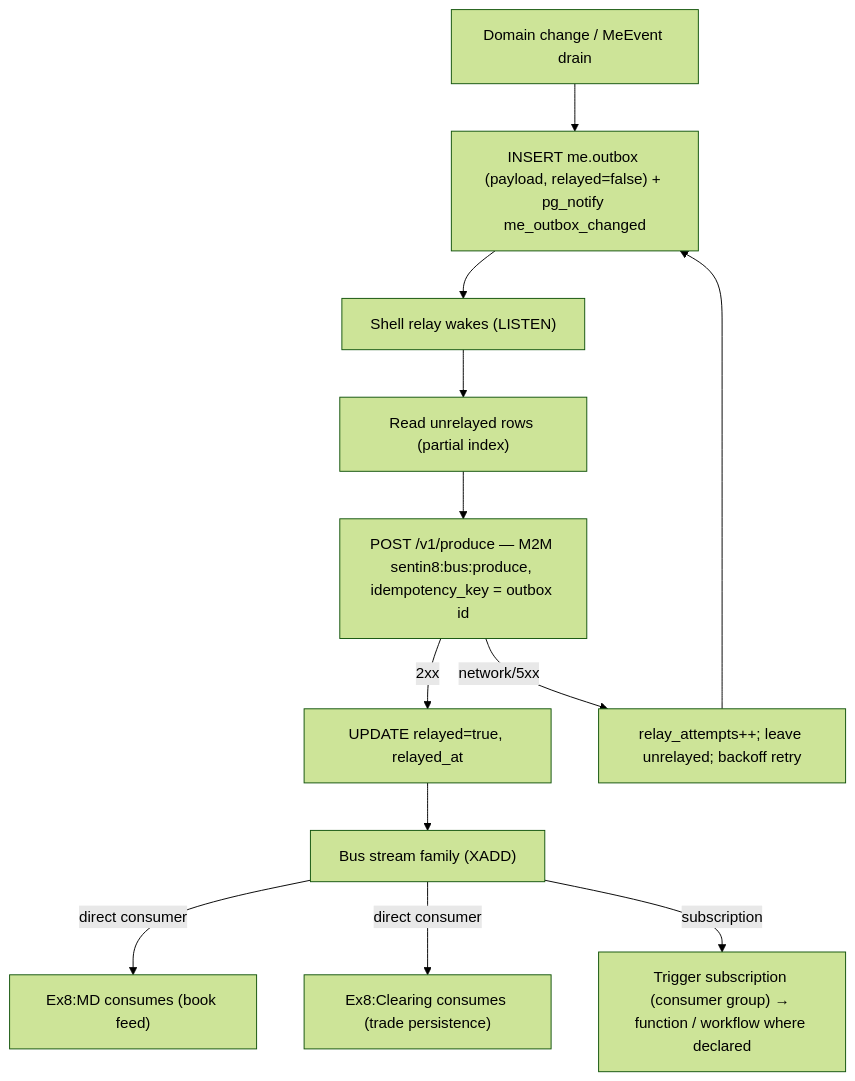
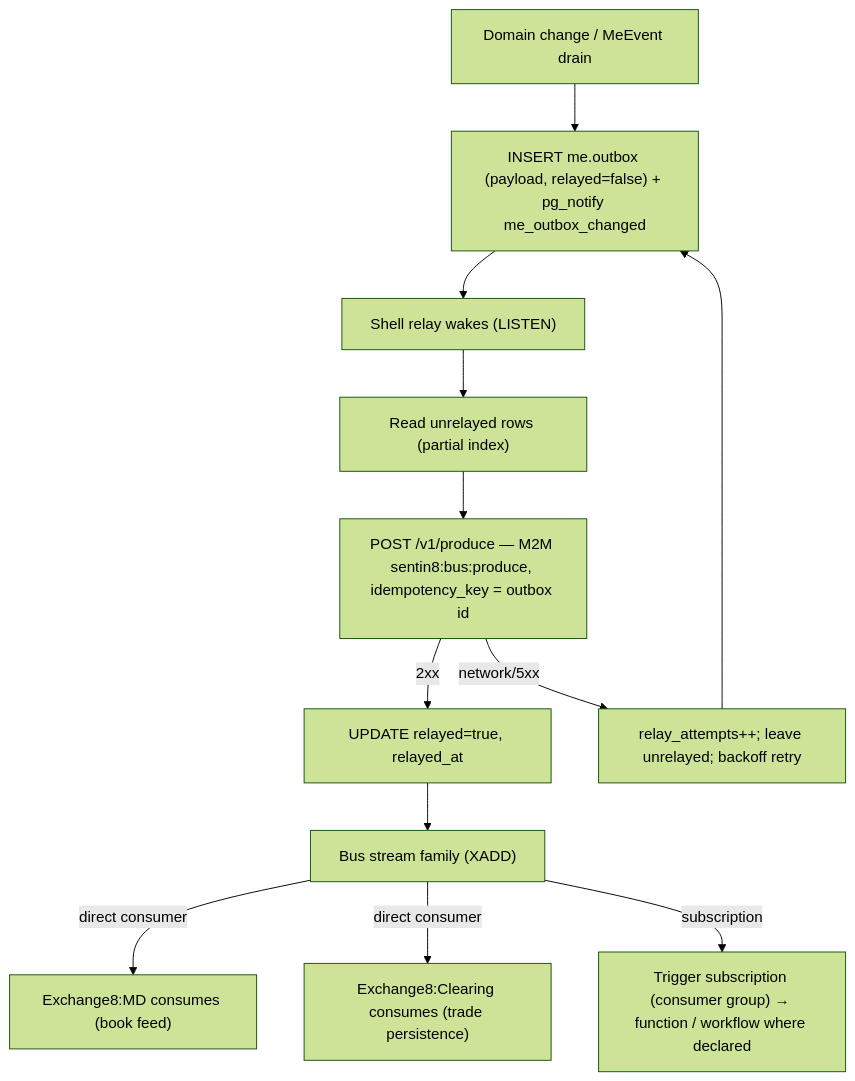
Diagram 11 of 15 in DESIGN.md (Exchange8-dev/exchange8-me), drawn with Mermaid (forest theme) before and after one commit. The commit also changed other lines of this file and 13 other files, not shown here.

````diff
--- a/DESIGN.md
+++ b/DESIGN.md
@@ -435,14 +435,14 @@
 ```mermaid
 flowchart TD
     A["Domain change / MeEvent drain"] --> B["INSERT me.outbox (payload, relayed=false) + pg_notify me_outbox_changed"]
     B --> C["Shell relay wakes (LISTEN)"]
     C --> D["Read unrelayed rows (partial index)"]
     D --> E["POST /v1/produce — M2M sentin8:bus:produce, idempotency_key = outbox id"]
     E -->|2xx| F["UPDATE relayed=true, relayed_at"]
     E -->|network/5xx| G["relay_attempts++; leave unrelayed; backoff retry"]
     G --> B
     F --> H["Bus stream family (XADD)"]
-    H -->|direct consumer| I1["Ex8:MD consumes (book feed)"]
-    H -->|direct consumer| I2["Ex8:Clearing consumes (trade persistence)"]
+    H -->|direct consumer| I1["Exchange8:MD consumes (book feed)"]
+    H -->|direct consumer| I2["Exchange8:Clearing consumes (trade persistence)"]
     H -->|subscription| I3["Trigger subscription (consumer group) → function / workflow where declared"]
 ```
````
